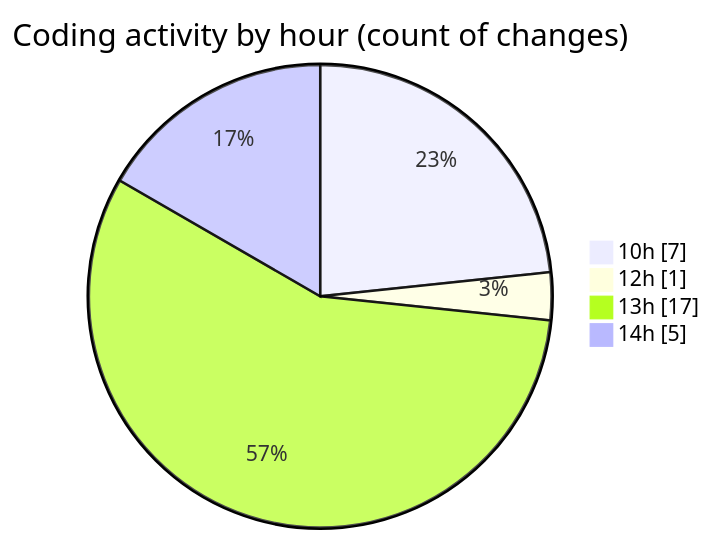
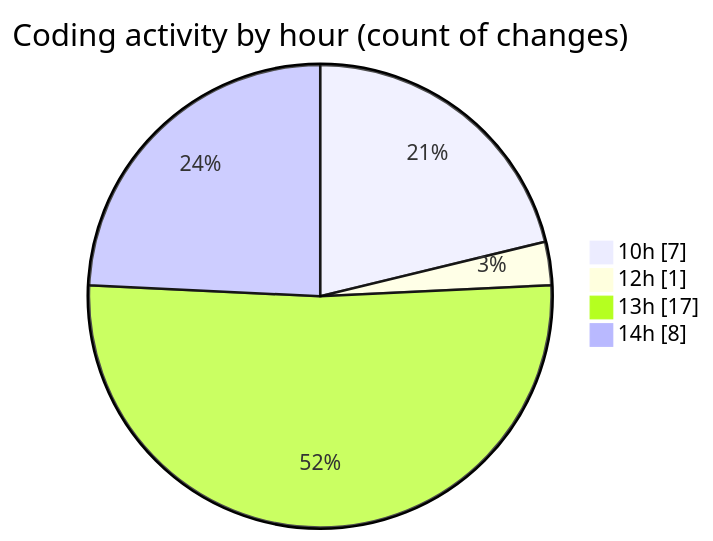
One commit to LanceThiago/code-tracking changed the second of 2 diagrams in 2025-01-14/oficina/README.md. Above: the diagram before and after it, drawn with Mermaid. The commit also changed other lines of this file and 1 other file, not shown here.

````diff
--- a/2025-01-14/oficina/README.md
+++ b/2025-01-14/oficina/README.md
@@ -31,8 +31,8 @@
 ```mermaid
 pie showData
 title Coding activity by hour (count of changes)
 "10h" : 7
 "12h" : 1
 "13h" : 17
-"14h" : 5
+"14h" : 8
 ```
````
